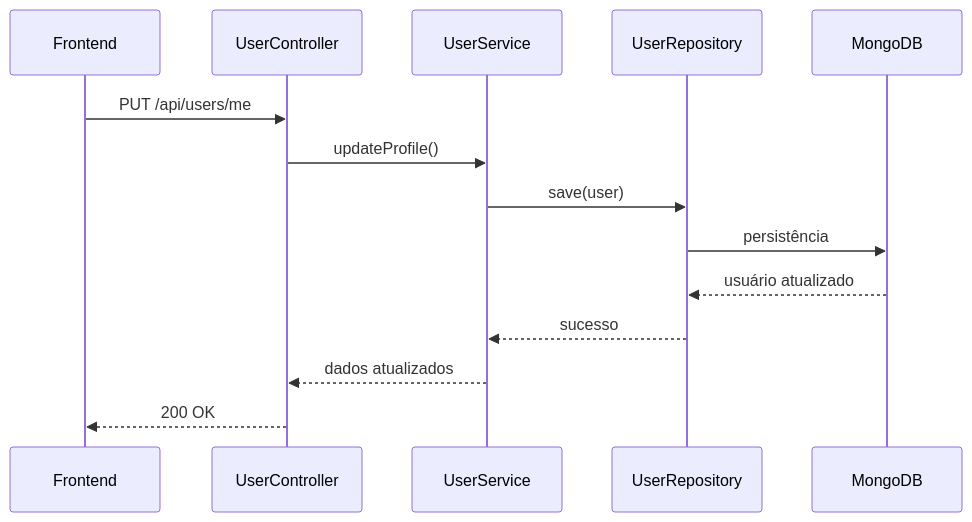
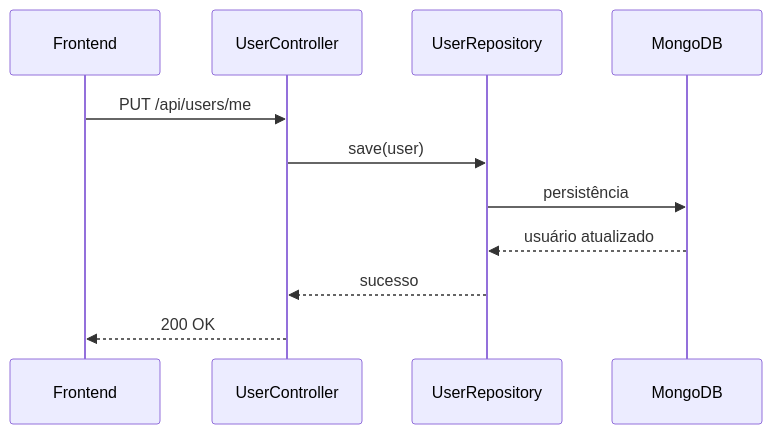
Diagram 18 of 18 in RTM.md (LetterBook4/LetterBook), drawn with Mermaid before and after one commit. The commit also changed other lines of this file, not shown here.

Commit message:
docs: completa RTM com tabela e diagramas UML

````diff
--- a/RTM.md
+++ b/RTM.md
@@ -164,17 +339,14 @@
 ```mermaid
 sequenceDiagram
   participant F as Frontend
   participant UC as UserController
-  participant US as UserService
   participant UR as UserRepository
   participant M as MongoDB
 
   F->>UC: PUT /api/users/me
-  UC->>US: updateProfile()
-  US->>UR: save(user)
+  UC->>UR: save(user)
   UR->>M: persistência
   M-->>UR: usuário atualizado
-  UR-->>US: sucesso
-  US-->>UC: dados atualizados
+  UR-->>UC: sucesso
   UC-->>F: 200 OK
 ```
````
